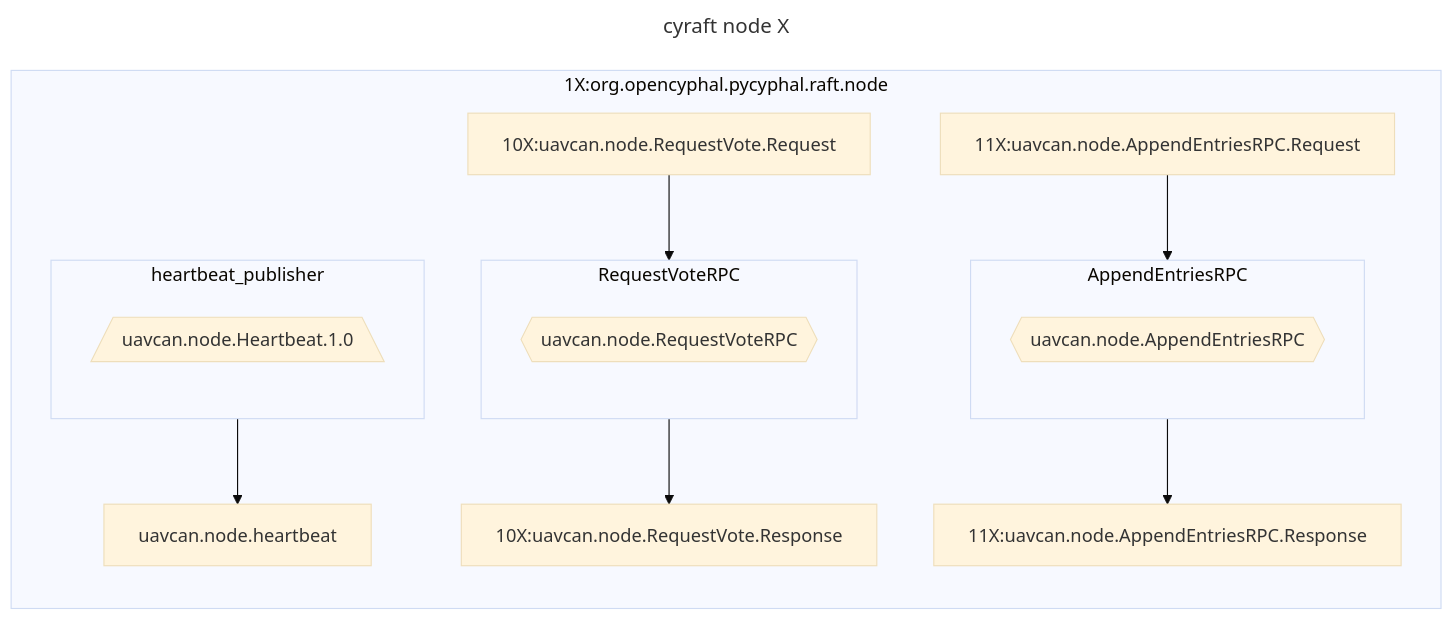
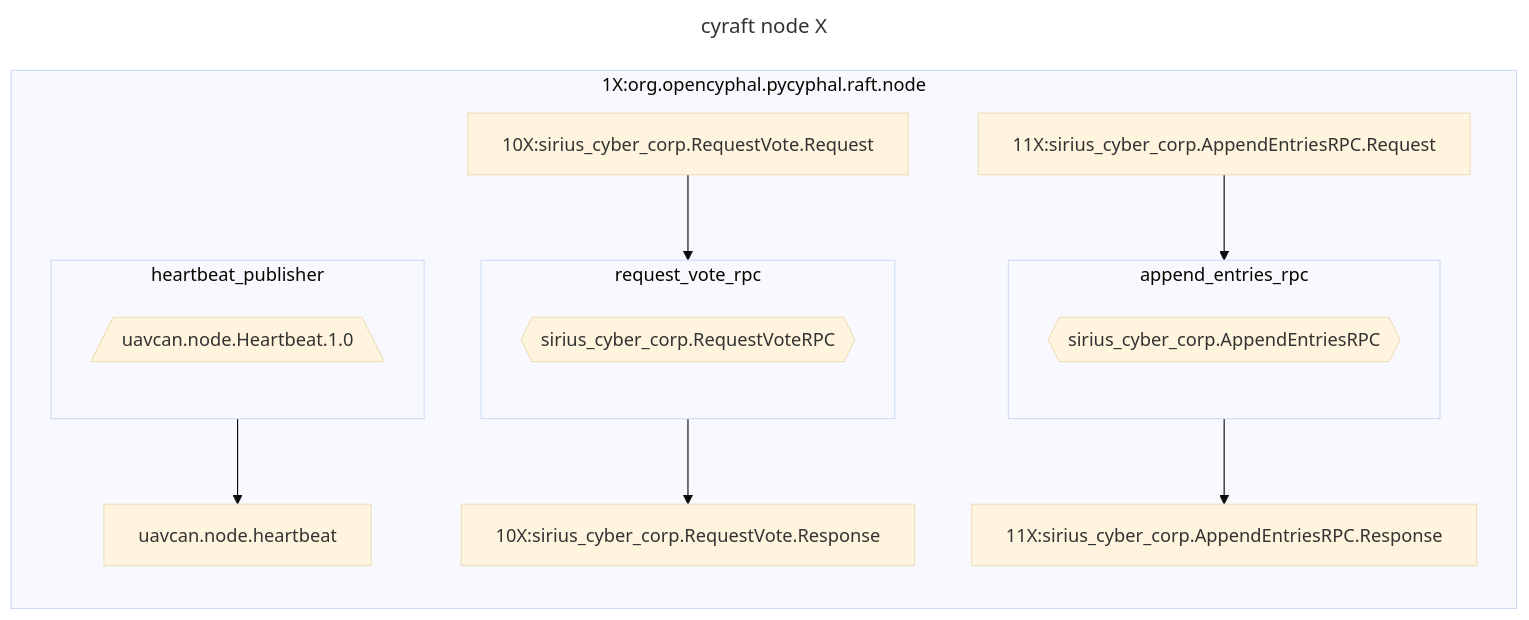
The first of 3 diagrams in README.md (OpenCyphal-Garage/cyraft), drawn with Mermaid (base theme) before and after one commit. The commit also changed other lines of this file and 3 other files, not shown here.

````diff
--- a/README.md
+++ b/README.md
@@ -12,26 +16,26 @@
 ```mermaid
 ---
 title: cyraft node X
 ---
 flowchart TB
     subgraph 1X:org.opencyphal.pycyphal.raft.node
         direction TB
         subgraph heartbeat_publisher
             direction TB
             heartbeat_publisher_1[/uavcan.node.Heartbeat.1.0\]
         end
         heartbeat_publisher --> uavcan.node.heartbeat
-        subgraph RequestVoteRPC
+        subgraph request_vote_rpc
             direction TB
-            request_vote_1{{uavcan.node.RequestVoteRPC}}
+            request_vote_1{{sirius_cyber_corp.RequestVoteRPC}}
         end
-        10X:uavcan.node.RequestVote.Request --> RequestVoteRPC
-        RequestVoteRPC --> 10X:uavcan.node.RequestVote.Response
-        subgraph AppendEntriesRPC
+        10X:sirius_cyber_corp.RequestVote.Request --> request_vote_rpc
+        request_vote_rpc --> 10X:sirius_cyber_corp.RequestVote.Response
+        subgraph append_entries_rpc
             direction TB
-            append_entries_1{{uavcan.node.AppendEntriesRPC}}
+            append_entries_1{{sirius_cyber_corp.AppendEntriesRPC}}
         end
-        11X:uavcan.node.AppendEntriesRPC.Request --> AppendEntriesRPC
-        AppendEntriesRPC --> 11X:uavcan.node.AppendEntriesRPC.Response
+        11X:sirius_cyber_corp.AppendEntriesRPC.Request --> append_entries_rpc
+        append_entries_rpc --> 11X:sirius_cyber_corp.AppendEntriesRPC.Response
     end
 ```
````
